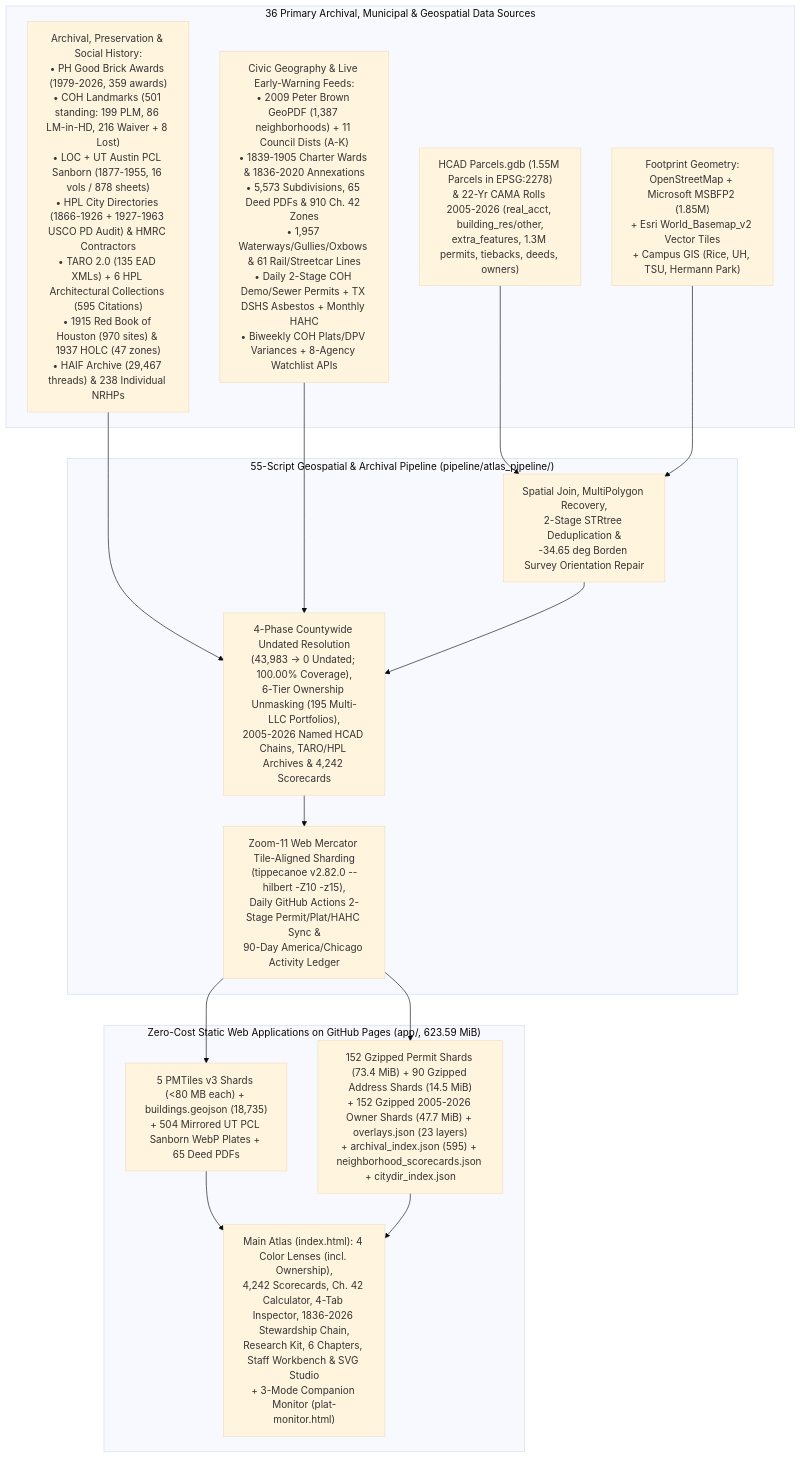
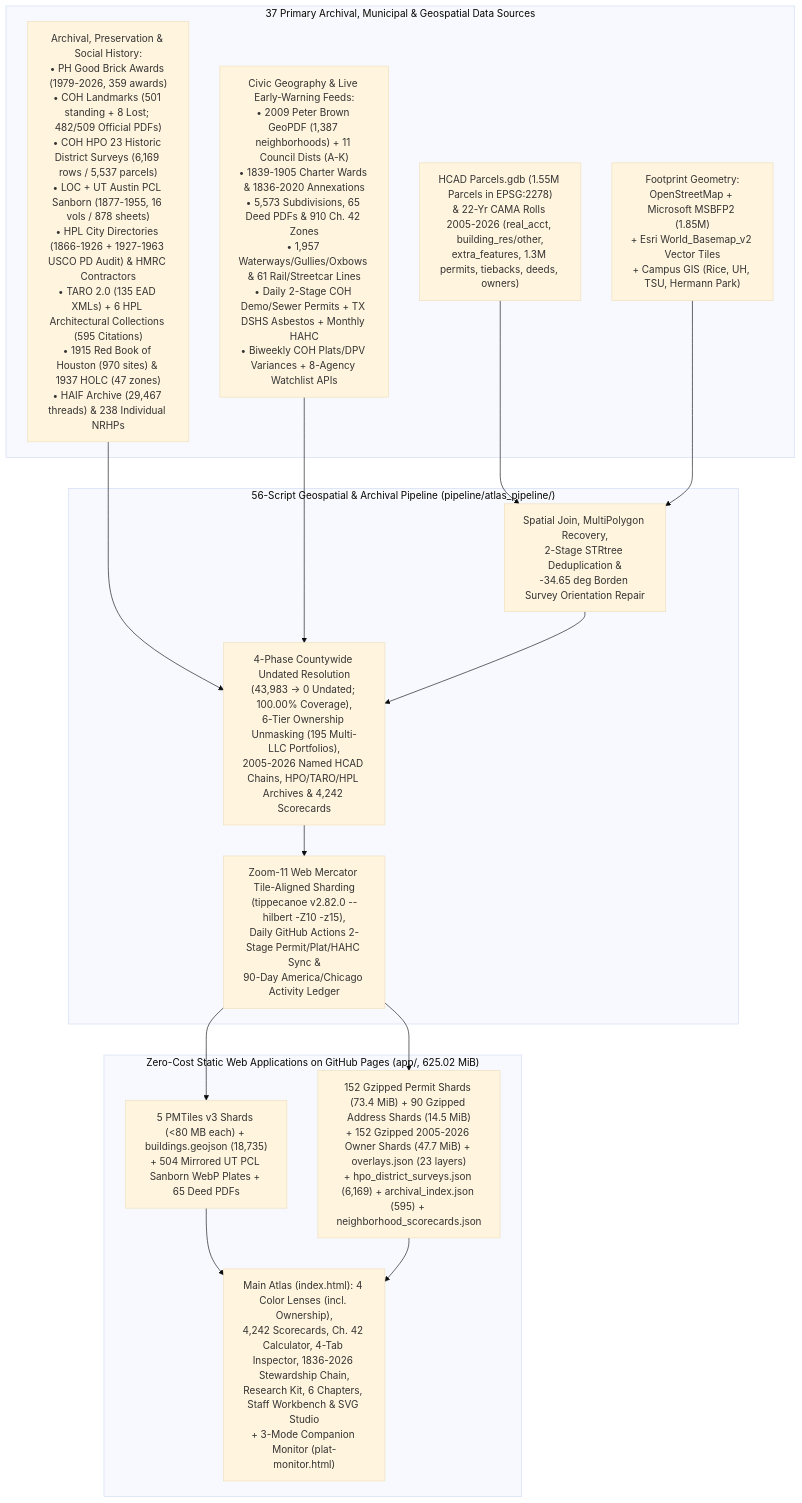
Before and after one commit to davemorris-gcp/houston-building-atlas: the diagram in README.md, drawn with Mermaid (base theme). The commit also changed other lines of this file and 50 other files, not shown here.

First line of the commit message:
Milestone 12: Backfill 23 COH HPO district surveys and 34 post-2016 landmark PDFs

````diff
--- a/README.md
+++ b/README.md
@@ -19,26 +19,26 @@
 ```mermaid
 flowchart TD
-    subgraph Sources["36 Primary Archival, Municipal & Geospatial Data Sources"]
+    subgraph Sources["37 Primary Archival, Municipal & Geospatial Data Sources"]
         S1["HCAD Parcels.gdb (1.55M Parcels in EPSG:2278)\n& 22-Yr CAMA Rolls 2005-2026 (real_acct, building_res/other,\nextra_features, 1.3M permits, tiebacks, deeds, owners)"]
         S2["Footprint Geometry:\nOpenStreetMap + Microsoft MSBFP2 (1.85M)\n+ Esri World_Basemap_v2 Vector Tiles\n+ Campus GIS (Rice, UH, TSU, Hermann Park)"]
-        S3["Archival, Preservation & Social History:\n• PH Good Brick Awards (1979-2026, 359 awards)\n• COH Landmarks (501 standing: 199 PLM, 86 LM-in-HD, 216 Waiver + 8 Lost)\n• LOC + UT Austin PCL Sanborn (1877-1955, 16 vols / 878 sheets)\n• HPL City Directories (1866-1926 + 1927-1963 USCO PD Audit) & HMRC Contractors\n• TARO 2.0 (135 EAD XMLs) + 6 HPL Architectural Collections (595 Citations)\n• 1915 Red Book of Houston (970 sites) & 1937 HOLC (47 zones)\n• HAIF Archive (29,467 threads) & 238 Individual NRHPs"]
+        S3["Archival, Preservation & Social History:\n• PH Good Brick Awards (1979-2026, 359 awards)\n• COH Landmarks (501 standing + 8 Lost; 482/509 Official PDFs)\n• COH HPO 23 Historic District Surveys (6,169 rows / 5,537 parcels)\n• LOC + UT Austin PCL Sanborn (1877-1955, 16 vols / 878 sheets)\n• HPL City Directories (1866-1926 + 1927-1963 USCO PD Audit) & HMRC Contractors\n• TARO 2.0 (135 EAD XMLs) + 6 HPL Architectural Collections (595 Citations)\n• 1915 Red Book of Houston (970 sites) & 1937 HOLC (47 zones)\n• HAIF Archive (29,467 threads) & 238 Individual NRHPs"]
         S4["Civic Geography & Live Early-Warning Feeds:\n• 2009 Peter Brown GeoPDF (1,387 neighborhoods) + 11 Council Dists (A-K)\n• 1839-1905 Charter Wards & 1836-2020 Annexations\n• 5,573 Subdivisions, 65 Deed PDFs & 910 Ch. 42 Zones\n• 1,957 Waterways/Gullies/Oxbows & 61 Rail/Streetcar Lines\n• Daily 2-Stage COH Demo/Sewer Permits + TX DSHS Asbestos + Monthly HAHC\n• Biweekly COH Plats/DPV Variances + 8-Agency Watchlist APIs"]
     end
 
-    subgraph Pipeline["55-Script Geospatial & Archival Pipeline (pipeline/atlas_pipeline/)"]
+    subgraph Pipeline["56-Script Geospatial & Archival Pipeline (pipeline/atlas_pipeline/)"]
         P1["Spatial Join, MultiPolygon Recovery,\n2-Stage STRtree Deduplication &\n-34.65 deg Borden Survey Orientation Repair"]
-        P2["4-Phase Countywide Undated Resolution\n(43,983 -> 0 Undated; 100.00% Coverage),\n6-Tier Ownership Unmasking (195 Multi-LLC Portfolios),\n2005-2026 Named HCAD Chains, TARO/HPL Archives & 4,242 Scorecards"]
+        P2["4-Phase Countywide Undated Resolution\n(43,983 -> 0 Undated; 100.00% Coverage),\n6-Tier Ownership Unmasking (195 Multi-LLC Portfolios),\n2005-2026 Named HCAD Chains, HPO/TARO/HPL Archives & 4,242 Scorecards"]
         P3["Zoom-11 Web Mercator Tile-Aligned Sharding\n(tippecanoe v2.82.0 --hilbert -Z10 -z15),\nDaily GitHub Actions 2-Stage Permit/Plat/HAHC Sync &\n90-Day America/Chicago Activity Ledger"]
     end
 
-    subgraph App["Zero-Cost Static Web Applications on GitHub Pages (app/, 623.59 MiB)"]
+    subgraph App["Zero-Cost Static Web Applications on GitHub Pages (app/, 625.02 MiB)"]
         A1["5 PMTiles v3 Shards (<80 MB each) + buildings.geojson (18,735)\n+ 504 Mirrored UT PCL Sanborn WebP Plates + 65 Deed PDFs"]
-        A2["152 Gzipped Permit Shards (73.4 MiB) + 90 Gzipped Address Shards (14.5 MiB)\n+ 152 Gzipped 2005-2026 Owner Shards (47.7 MiB) + overlays.json (23 layers)\n+ archival_index.json (595) + neighborhood_scorecards.json + citydir_index.json"]
+        A2["152 Gzipped Permit Shards (73.4 MiB) + 90 Gzipped Address Shards (14.5 MiB)\n+ 152 Gzipped 2005-2026 Owner Shards (47.7 MiB) + overlays.json (23 layers)\n+ hpo_district_surveys.json (6,169) + archival_index.json (595) + neighborhood_scorecards.json"]
         A3["Main Atlas (index.html): 4 Color Lenses (incl. Ownership),\n4,242 Scorecards, Ch. 42 Calculator, 4-Tab Inspector, 1836-2026 Stewardship Chain,\nResearch Kit, 6 Chapters, Staff Workbench & SVG Studio\n+ 3-Mode Companion Monitor (plat-monitor.html)"]
     end
 
     S1 & S2 --> P1
     S3 & S4 --> P2
     P1 --> P2 --> P3
     P3 --> A1 & A2 --> A3
 ```
````
